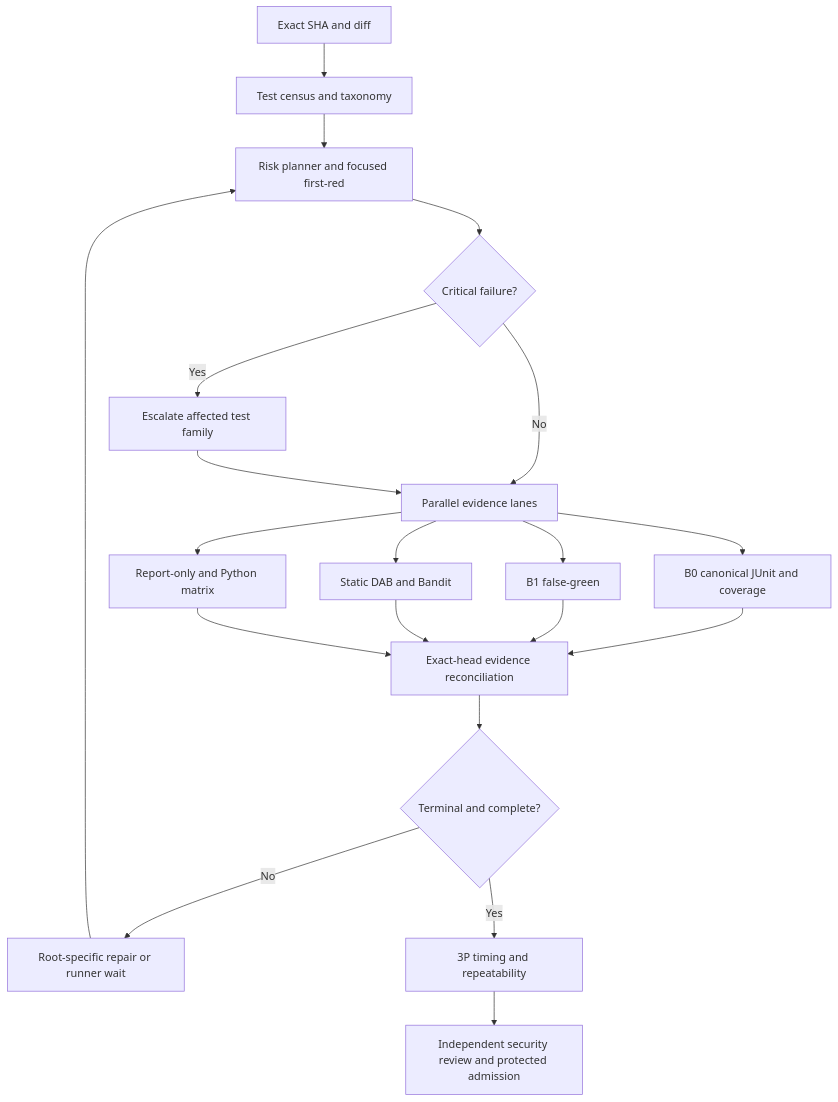
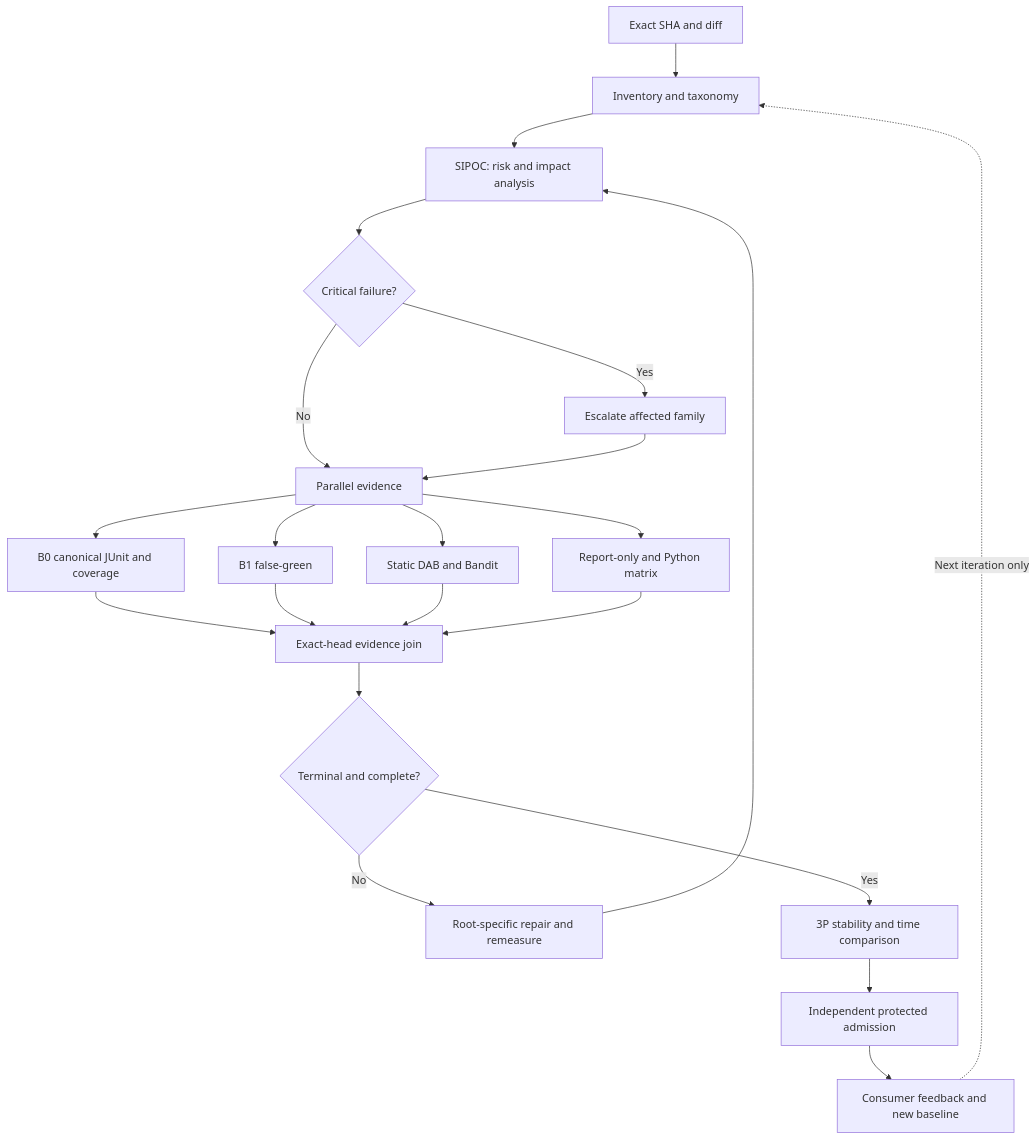
The diagram in docs/ci/MIP_SIPOC_DAG.md (GBOGEB/ABACUS), drawn with Mermaid before and after one commit. The commit also changed other lines of this file, not shown here.

Commit message:
fix(docs): resolve MD013/MD060 and add bounded recursive SIPOC feedback

````diff
--- a/docs/ci/MIP_SIPOC_DAG.md
+++ b/docs/ci/MIP_SIPOC_DAG.md
@@ -15,22 +17,24 @@
 ```mermaid
 flowchart TD
- A[Exact SHA and diff] --> B[Test census and taxonomy]
- B --> C[Risk planner and focused first-red]
- C --> D{Critical failure?}
- D -->|Yes| E[Escalate affected test family]
- D -->|No| F[Parallel evidence lanes]
- E --> F
- F --> G[B0 canonical JUnit and coverage]
- F --> H[B1 false-green]
- F --> I[Static DAB and Bandit]
- F --> J[Report-only and Python matrix]
- G --> K[Exact-head evidence reconciliation]
- H --> K
- I --> K
- J --> K
- K --> L{Terminal and complete?}
- L -->|No| M[Root-specific repair or runner wait]
- M --> C
- L -->|Yes| N[3P timing and repeatability]
- N --> O[Independent security review and protected admission]
+  A[Exact SHA and diff] --> B[Inventory and taxonomy]
+  B --> C[SIPOC: risk and impact analysis]
+  C --> D{Critical failure?}
+  D -->|Yes| E[Escalate affected family]
+  D -->|No| F[Parallel evidence]
+  E --> F
+  F --> G[B0 canonical JUnit and coverage]
+  F --> H[B1 false-green]
+  F --> I[Static DAB and Bandit]
+  F --> J[Report-only and Python matrix]
+  G --> K[Exact-head evidence join]
+  H --> K
+  I --> K
+  J --> K
+  K --> L{Terminal and complete?}
+  L -->|No| M[Root-specific repair and remeasure]
+  M --> C
+  L -->|Yes| N[3P stability and time comparison]
+  N --> O[Independent protected admission]
+  O --> P[Consumer feedback and new baseline]
+  P -.->|Next iteration only| B
 ```
````
